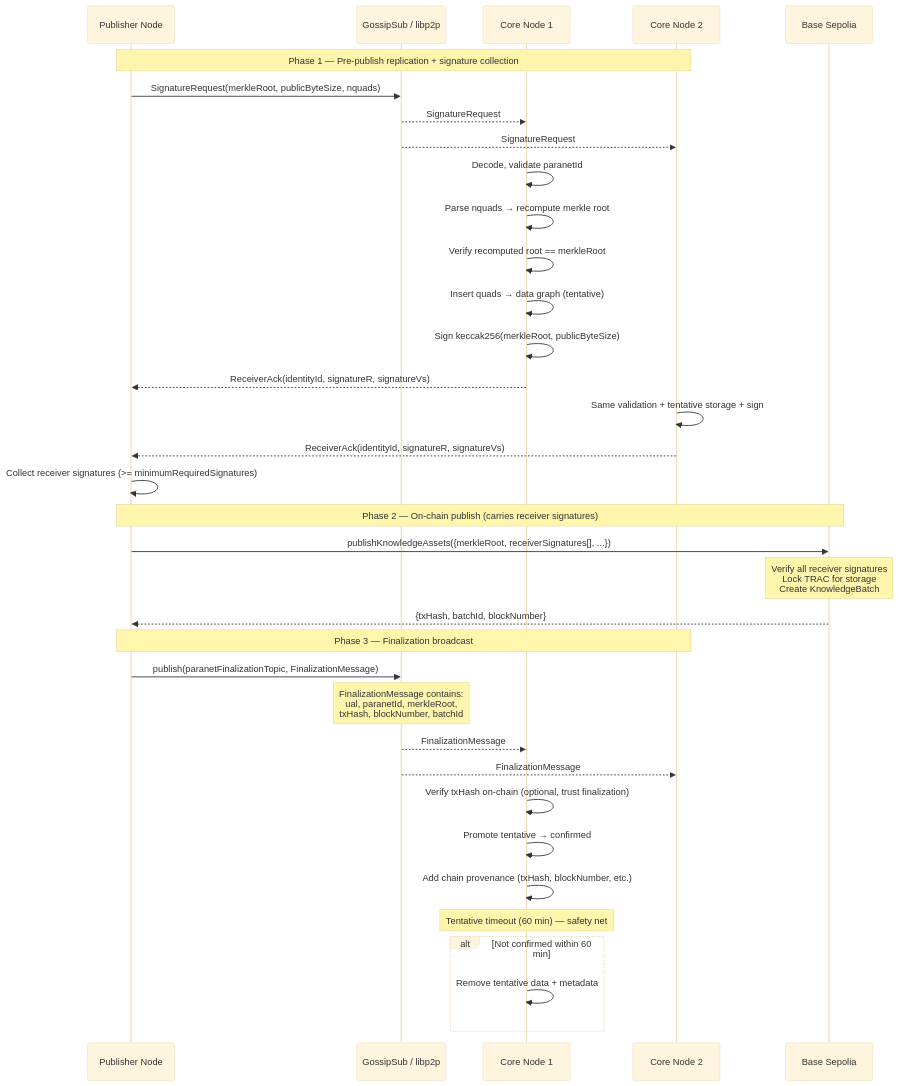
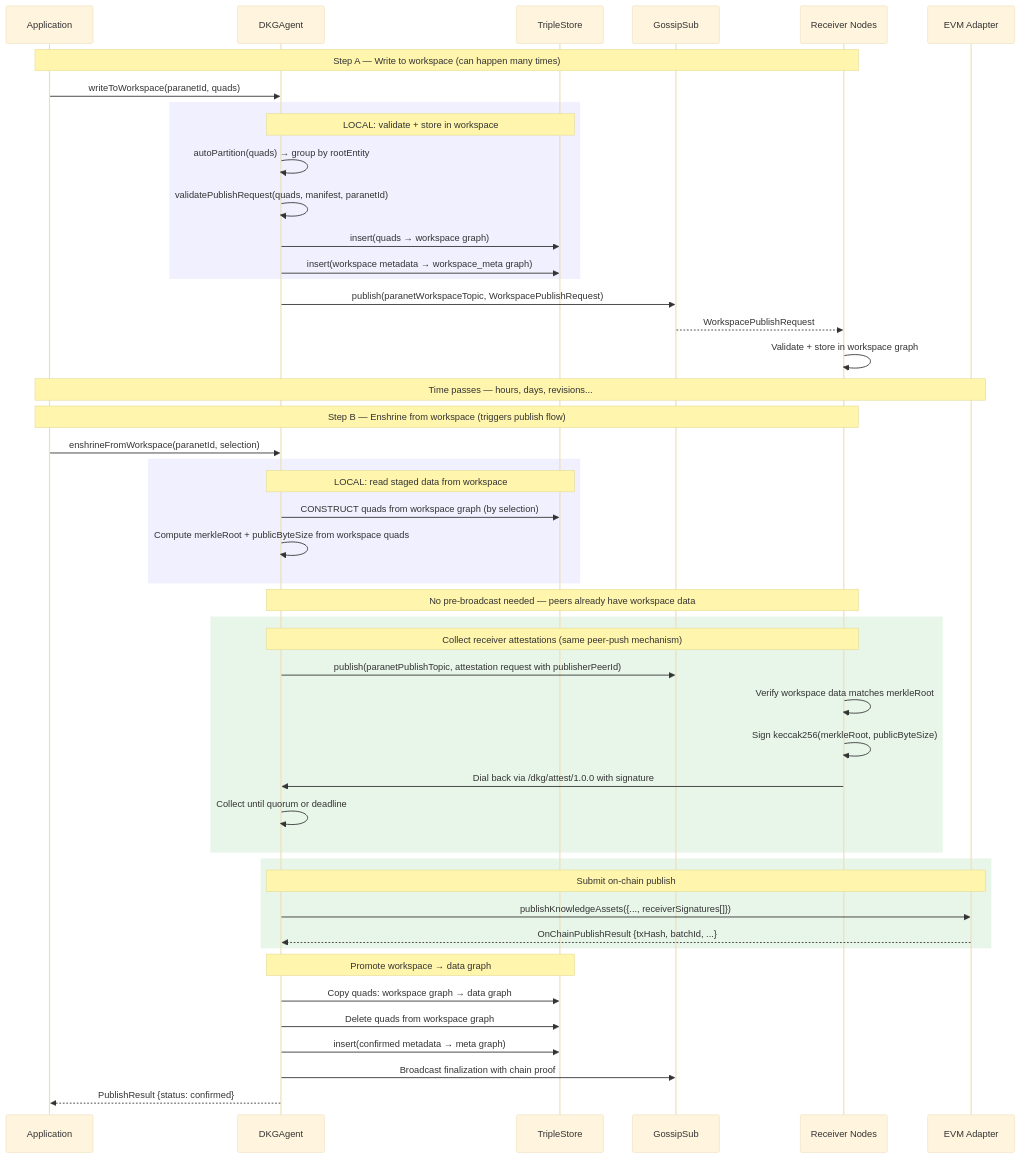
The third of 15 diagrams in docs/v9-protocol-operations.md (OriginTrail/dkg), drawn with Mermaid (base theme) before and after one commit. The commit also changed other lines of this file, not shown here.

````diff
--- a/docs/v9-protocol-operations.md
+++ b/docs/v9-protocol-operations.md
@@ -244,51 +215,62 @@
 ```mermaid
 sequenceDiagram
-    participant Pub as Publisher Node
-    participant GS as GossipSub / libp2p
-    participant R1 as Core Node 1
-    participant R2 as Core Node 2
-    participant Chain as Base Sepolia
+    participant App as Application
+    participant Agent as DKGAgent
+    participant Store as TripleStore
+    participant GS as GossipSub
+    participant Peers as Receiver Nodes
+    participant Chain as EVM Adapter
 
-    Note over Pub,R2: Phase 1 — Pre-publish replication + signature collection
+    Note over App,Peers: Step A — Write to workspace (can happen many times)
 
-    Pub->>GS: SignatureRequest(merkleRoot, publicByteSize, nquads)
+    App->>Agent: writeToWorkspace(paranetId, quads)
 
-    GS-->>R1: SignatureRequest
-    GS-->>R2: SignatureRequest
+    rect rgb(240, 240, 255)
+        Note over Agent,Store: LOCAL: validate + store in workspace
+        Agent->>Agent: autoPartition(quads) → group by rootEntity
+        Agent->>Agent: validatePublishRequest(quads, manifest, paranetId)
+        Agent->>Store: insert(quads → workspace graph)
+        Agent->>Store: insert(workspace metadata → workspace_meta graph)
+    end
 
-    R1->>R1: Decode, validate paranetId
-    R1->>R1: Parse nquads → recompute merkle root
-    R1->>R1: Verify recomputed root == merkleRoot
-    R1->>R1: Insert quads → data graph (tentative)
-    R1->>R1: Sign keccak256(merkleRoot, publicByteSize)
-    R1-->>Pub: ReceiverAck(identityId, signatureR, signatureVs)
+    Agent->>GS: publish(paranetWorkspaceTopic, WorkspacePublishRequest)
+    GS-->>Peers: WorkspacePublishRequest
+    Peers->>Peers: Validate + store in workspace graph
 
-    R2->>R2: Same validation + tentative storage + sign
-    R2-->>Pub: ReceiverAck(identityId, signatureR, signatureVs)
+    Note over App,Chain: Time passes — hours, days, revisions...
 
-    Pub->>Pub: Collect receiver signatures (>= minimumRequiredSignatures)
+    Note over App,Peers: Step B — Enshrine from workspace (triggers publish flow)
 
-    Note over Pub,Chain: Phase 2 — On-chain publish (carries receiver signatures)
+    App->>Agent: enshrineFromWorkspace(paranetId, selection)
 
-    Pub->>Chain: publishKnowledgeAssets({merkleRoot, receiverSignatures[], ...})
-    Note over Chain: Verify all receiver signatures<br/>Lock TRAC for storage<br/>Create KnowledgeBatch
-    Chain-->>Pub: {txHash, batchId, blockNumber}
+    rect rgb(240, 240, 255)
+        Note over Agent,Store: LOCAL: read staged data from workspace
+        Agent->>Store: CONSTRUCT quads from workspace graph (by selection)
+        Agent->>Agent: Compute merkleRoot + publicByteSize from workspace quads
+    end
 
-    Note over Pub,R2: Phase 3 — Finalization broadcast
+    Note over Agent,Peers: No pre-broadcast needed — peers already have workspace data
 
-    Pub->>GS: publish(paranetFinalizationTopic, FinalizationMessage)
-    Note over GS: FinalizationMessage contains:<br/>ual, paranetId, merkleRoot,<br/>txHash, blockNumber, batchId
+    rect rgb(232, 245, 233)
+        Note over Agent,Peers: Collect receiver attestations (same peer-push mechanism)
+        Agent->>GS: publish(paranetPublishTopic, attestation request with publisherPeerId)
+        Peers->>Peers: Verify workspace data matches merkleRoot
+        Peers->>Peers: Sign keccak256(merkleRoot, publicByteSize)
+        Peers->>Agent: Dial back via /dkg/attest/1.0.0 with signature
+        Agent->>Agent: Collect until quorum or deadline
+    end
 
-    GS-->>R1: FinalizationMessage
-    GS-->>R2: FinalizationMessage
+    rect rgb(232, 245, 233)
+        Note over Agent,Chain: Submit on-chain publish
+        Agent->>Chain: publishKnowledgeAssets({..., receiverSignatures[]})
+        Chain-->>Agent: OnChainPublishResult {txHash, batchId, ...}
+    end
 
-    R1->>R1: Verify txHash on-chain (optional, trust finalization)
-    R1->>R1: Promote tentative → confirmed
-    R1->>R1: Add chain provenance (txHash, blockNumber, etc.)
+    Note over Agent,Store: Promote workspace → data graph
+    Agent->>Store: Copy quads: workspace graph → data graph
+    Agent->>Store: Delete quads from workspace graph
+    Agent->>Store: insert(confirmed metadata → meta graph)
 
-    Note over R1: Tentative timeout (60 min) — safety net
-
-    alt Not confirmed within 60 min
-        R1->>R1: Remove tentative data + metadata
-    end
+    Agent->>GS: Broadcast finalization with chain proof
+    Agent-->>App: PublishResult {status: confirmed}
 ```
````
